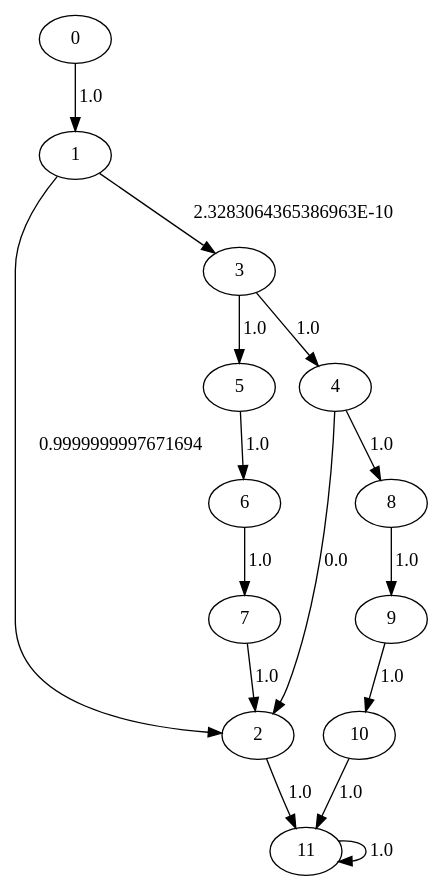
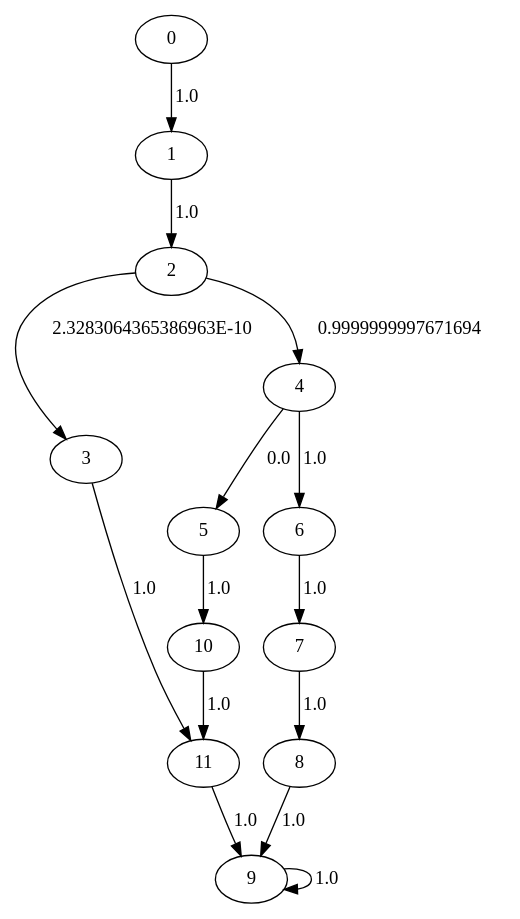
One commit to seemantasaha/DependencyAnalysis changed the diagram in LMain_test.dot. Above: the diagram before and after it, drawn with Graphviz. The commit also changed 15 other files, not shown here.

```diff
--- a/LMain_test.dot
+++ b/LMain_test.dot
@@ -1,17 +1,16 @@
 digraph {
 	0 -> 1[label= "1.0"];
-	11 -> 11[label= "1.0"];
-	1 -> 2[label= "0.9999999997671694"];
-	1 -> 3[label= "2.3283064365386963E-10"];
-	2 -> 11[label= "1.0"];
-	3 -> 4[label= "1.0"];
-	3 -> 5[label= "1.0"];
-	4 -> 2[label= "0.0"];
-	4 -> 8[label= "1.0"];
-	5 -> 6[label= "1.0"];
+	11 -> 9[label= "1.0"];
+	1 -> 2[label= "1.0"];
+	2 -> 3[label= "2.3283064365386963E-10"];
+	2 -> 4[label= "0.9999999997671694"];
+	3 -> 11[label= "1.0"];
+	4 -> 5[label= "0.0"];
+	4 -> 6[label= "1.0"];
+	5 -> 10[label= "1.0"];
 	6 -> 7[label= "1.0"];
-	7 -> 2[label= "1.0"];
+	7 -> 8[label= "1.0"];
 	8 -> 9[label= "1.0"];
-	9 -> 10[label= "1.0"];
+	9 -> 9[label= "1.0"];
 	10 -> 11[label= "1.0"];
 }
```
